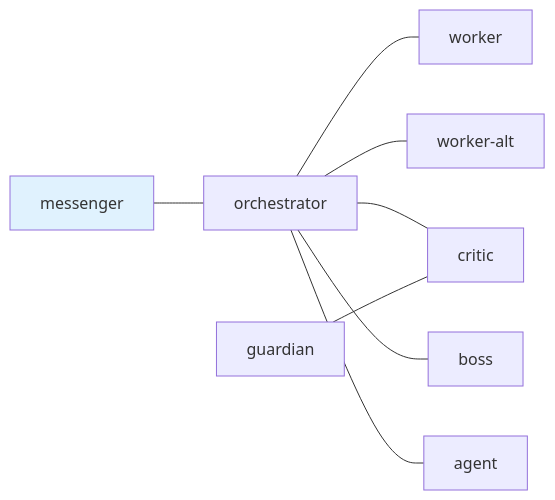
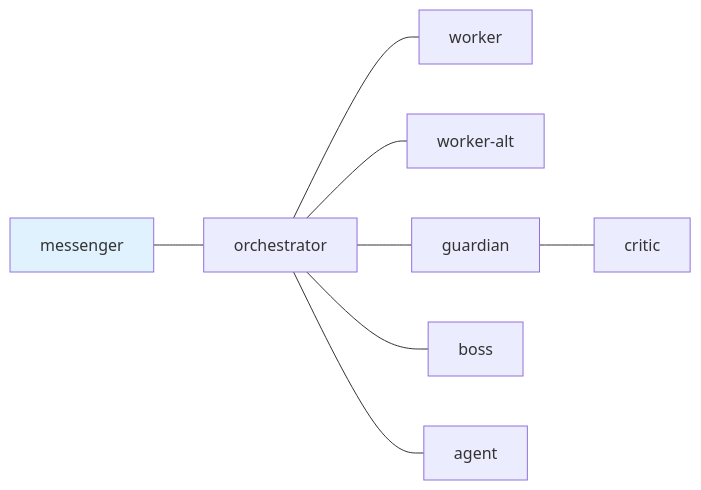
One commit to i9wa4/dotfiles changed the diagram in config/tmux-a2a-postman/postman.md. Above: the diagram before and after it, drawn with Mermaid. The commit also changed other lines of this file and 20 other files, not shown here.

````diff
--- a/config/tmux-a2a-postman/postman.md
+++ b/config/tmux-a2a-postman/postman.md
@@ -15,12 +15,12 @@
 ```mermaid
 graph LR
     messenger --- orchestrator
     orchestrator --- worker
     orchestrator --- worker-alt
-    orchestrator --- critic
+    orchestrator --- guardian
     orchestrator --- boss
     guardian --- critic
     orchestrator --- agent
     class messenger ui_node
     classDef ui_node fill:#e0f2fe
 ```
````
